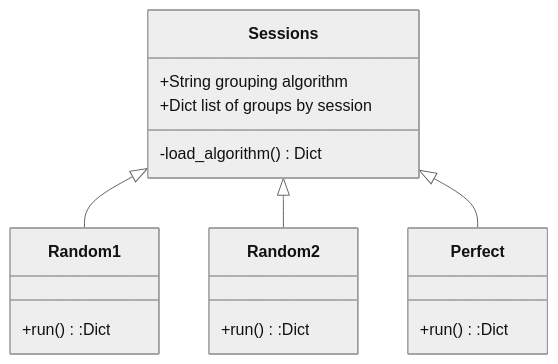
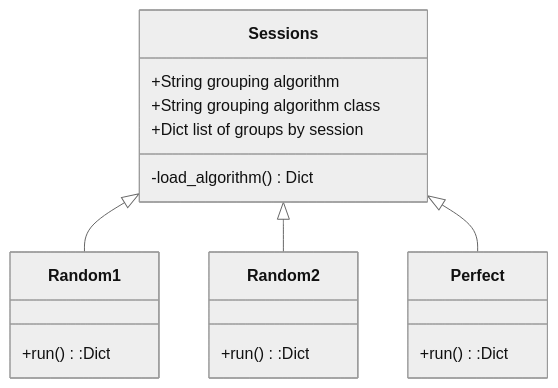
Before and after one commit to cswaim/breakout_groups: the second of 2 diagrams in doc/sys-diagram.md, drawn with Mermaid (neutral theme). The commit also changed other lines of this file and 1 other file, not shown here.

````diff
--- a/doc/sys-diagram.md
+++ b/doc/sys-diagram.md
@@ -62,18 +71,19 @@
 ```mermaid
   classDiagram
       Sessions <|-- Random1
       Sessions <|-- Random2
       Sessions <|-- Perfect
       Sessions : +String grouping algorithm
+      Sessions : +String grouping algorithm class
       Sessions : +Dict list of groups by session
       Sessions : -load_algorithm() Dict
       class Random1{
         +run():Dict
       }
       class Random2{
         +run():Dict
       }
       class Perfect{
         +run():Dict
       }
 ```
````
